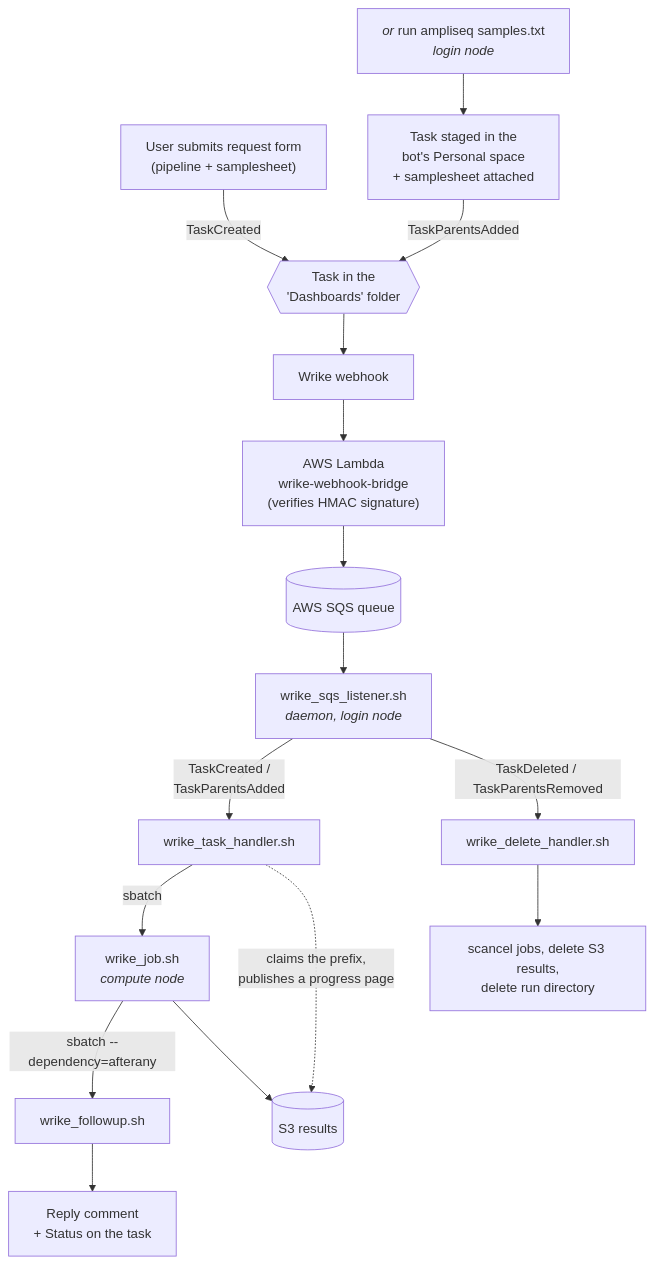
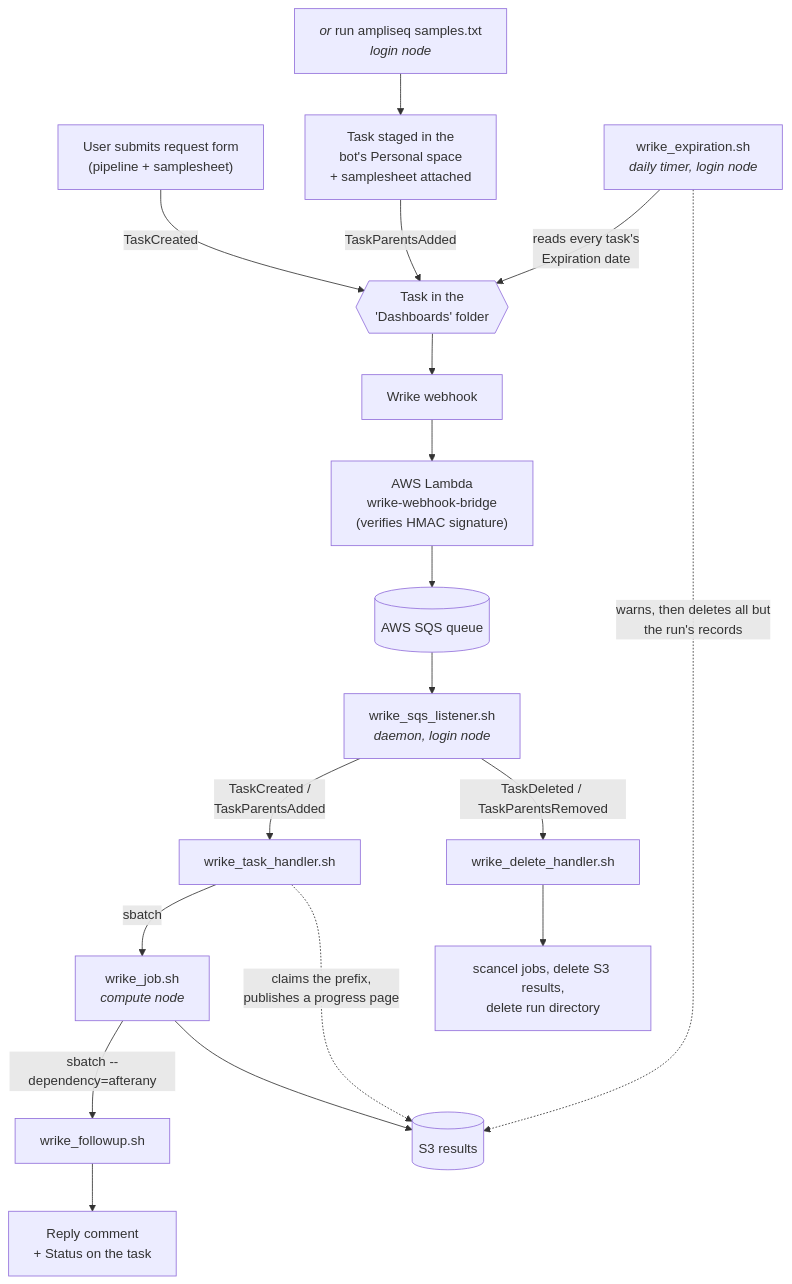
Before and after one commit to cmmr/nextflow: the diagram in docs/index.md, drawn with Mermaid. The commit also changed other lines of this file and 22 other files, not shown here.

````diff
--- a/docs/index.md
+++ b/docs/index.md
@@ -17,18 +17,20 @@
 ```mermaid
 flowchart TD
     U["User submits request form<br/>(pipeline + samplesheet)"] -->|TaskCreated| T{{"Task in the<br/>'Dashboards' folder"}}
     CLI["<i>or</i> run ampliseq samples.txt<br/><i>login node</i>"] --> ST["Task staged in the<br/>bot's Personal space<br/>+ samplesheet attached"]
     ST -->|TaskParentsAdded| T
     T --> W[Wrike webhook]
     W --> L["AWS Lambda<br/>wrike-webhook-bridge<br/>(verifies HMAC signature)"]
     L --> Q[(AWS SQS queue)]
     Q --> D["wrike_sqs_listener.sh<br/><i>daemon, login node</i>"]
     D -->|"TaskCreated /<br/>TaskParentsAdded"| C[wrike_task_handler.sh]
     D -->|TaskDeleted / TaskParentsRemoved| X[wrike_delete_handler.sh]
     C -->|sbatch| J["wrike_job.sh<br/><i>compute node</i>"]
     J -->|"sbatch --dependency=afterany"| F[wrike_followup.sh]
     C -.->|"claims the prefix,<br/>publishes a progress page"| S3[(S3 results)]
     J --> S3
     F --> R["Reply comment<br/>+ Status on the task"]
     X --> CL["scancel jobs, delete S3 results,<br/>delete run directory"]
+    E["wrike_expiration.sh<br/><i>daily timer, login node</i>"] -->|"reads every task's<br/>Expiration date"| T
+    E -.->|"warns, then deletes all but<br/>the run's records"| S3
 ```
````
